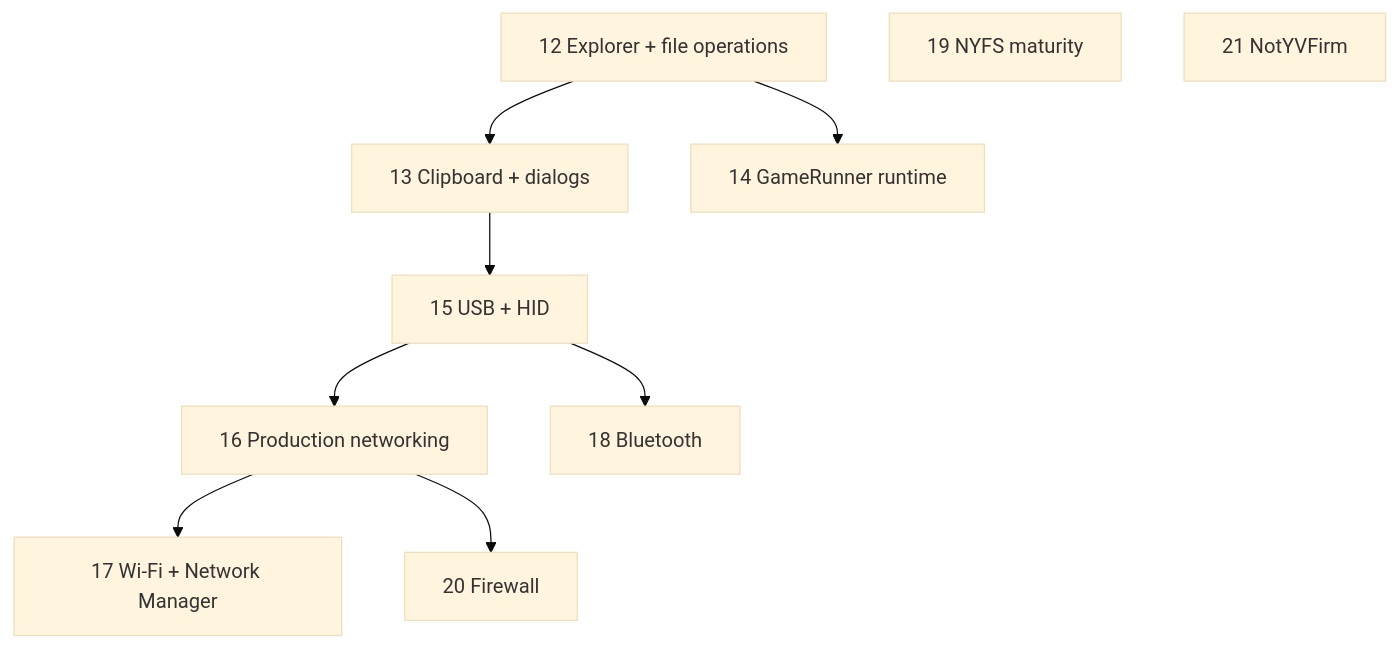
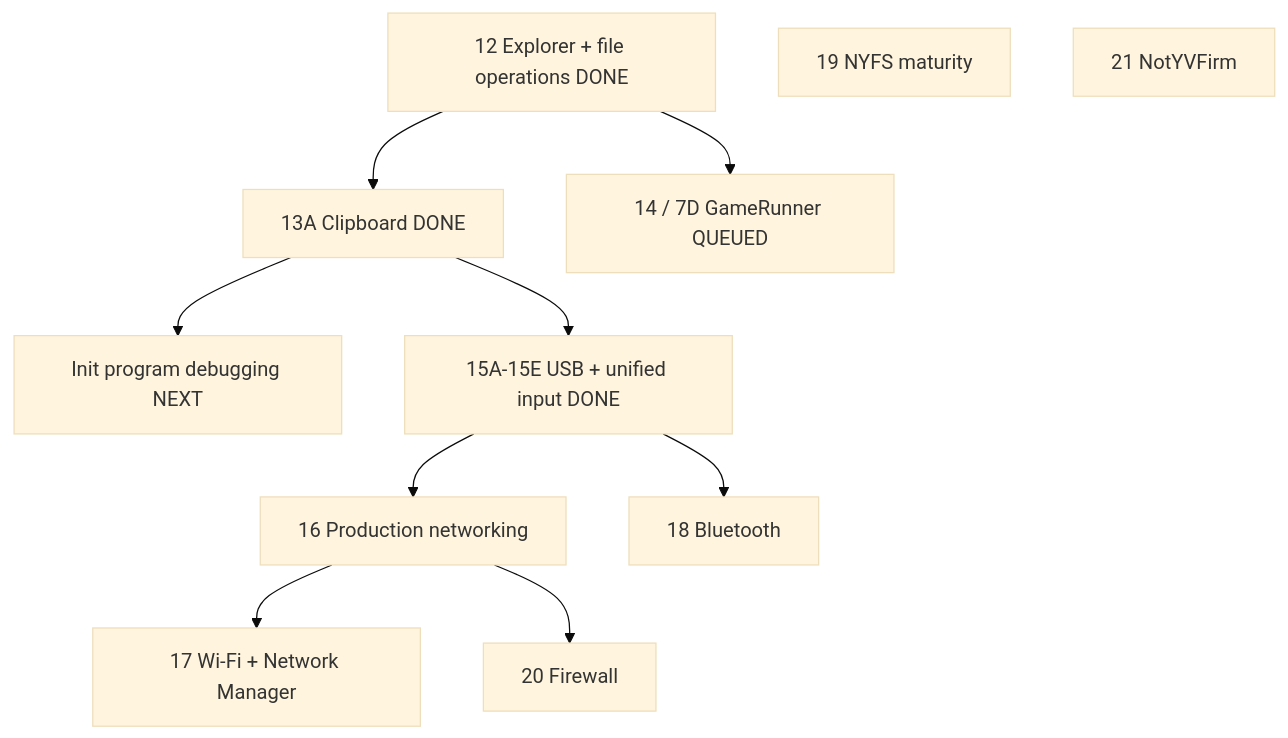
One commit to NotY215/NotYVOS changed diagram 47 of 47 in docs/data flow.md. Above: the diagram before and after it, drawn with Mermaid (base theme). The commit also changed other lines of this file, not shown here.

Commit message:
docs: update current roadmap references

````diff
--- a/docs/data flow.md
+++ b/docs/data flow.md
@@ -760,12 +760,13 @@
 ```mermaid
 flowchart TD
-    P12[12 Explorer + file operations] --> P13[13 Clipboard + dialogs]
-    P12 --> P14[14 GameRunner runtime]
-    P13 --> P15[15 USB + HID]
+    P12[12 Explorer + file operations DONE] --> P13A[13A Clipboard DONE]
+    P12 --> P14[14 / 7D GameRunner QUEUED]
+    P13A --> INIT[Init program debugging NEXT]
+    P13A --> P15[15A-15E USB + unified input DONE]
     P15 --> P16[16 Production networking]
     P16 --> P17[17 Wi-Fi + Network Manager]
     P15 --> P18[18 Bluetooth]
     P16 --> P20[20 Firewall]
     P19[19 NYFS maturity]
     P21[21 NotYVFirm]
 ```
````
